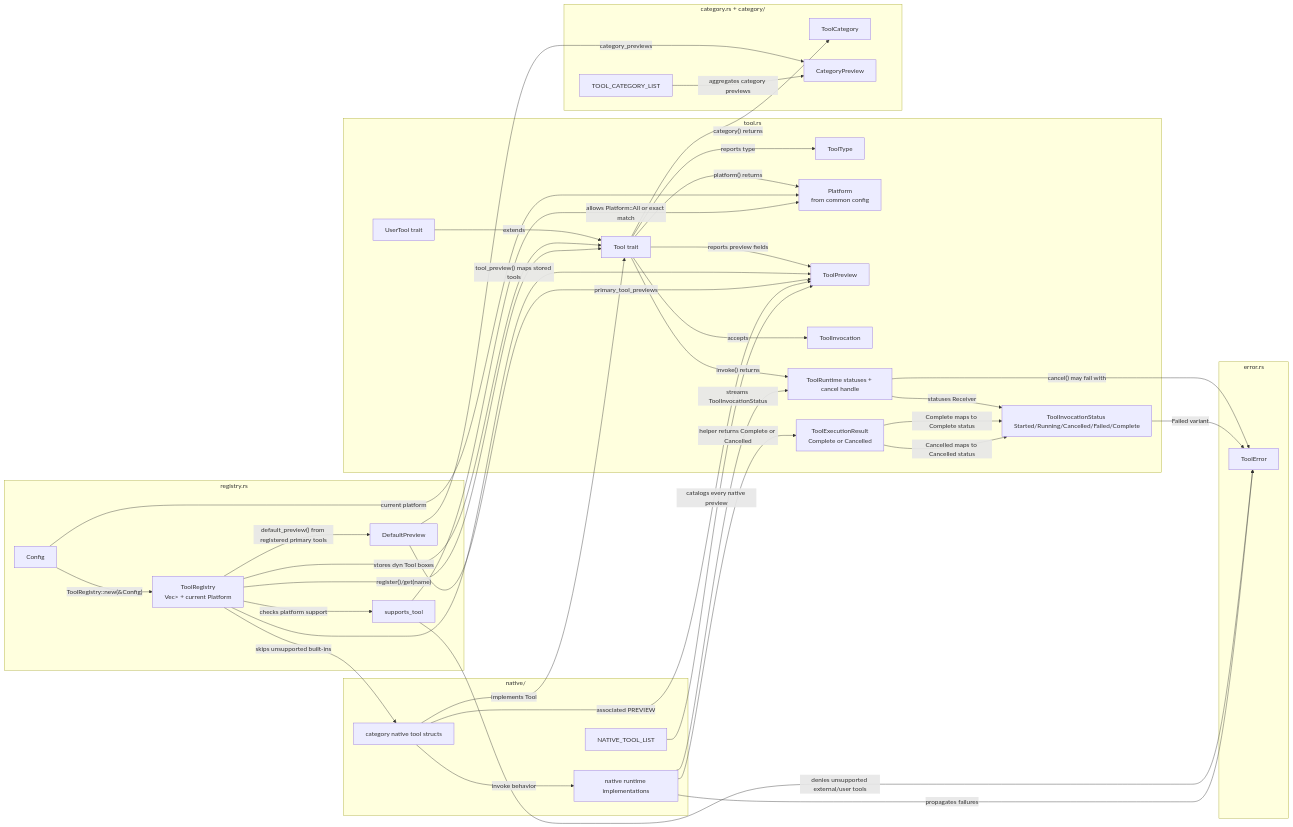
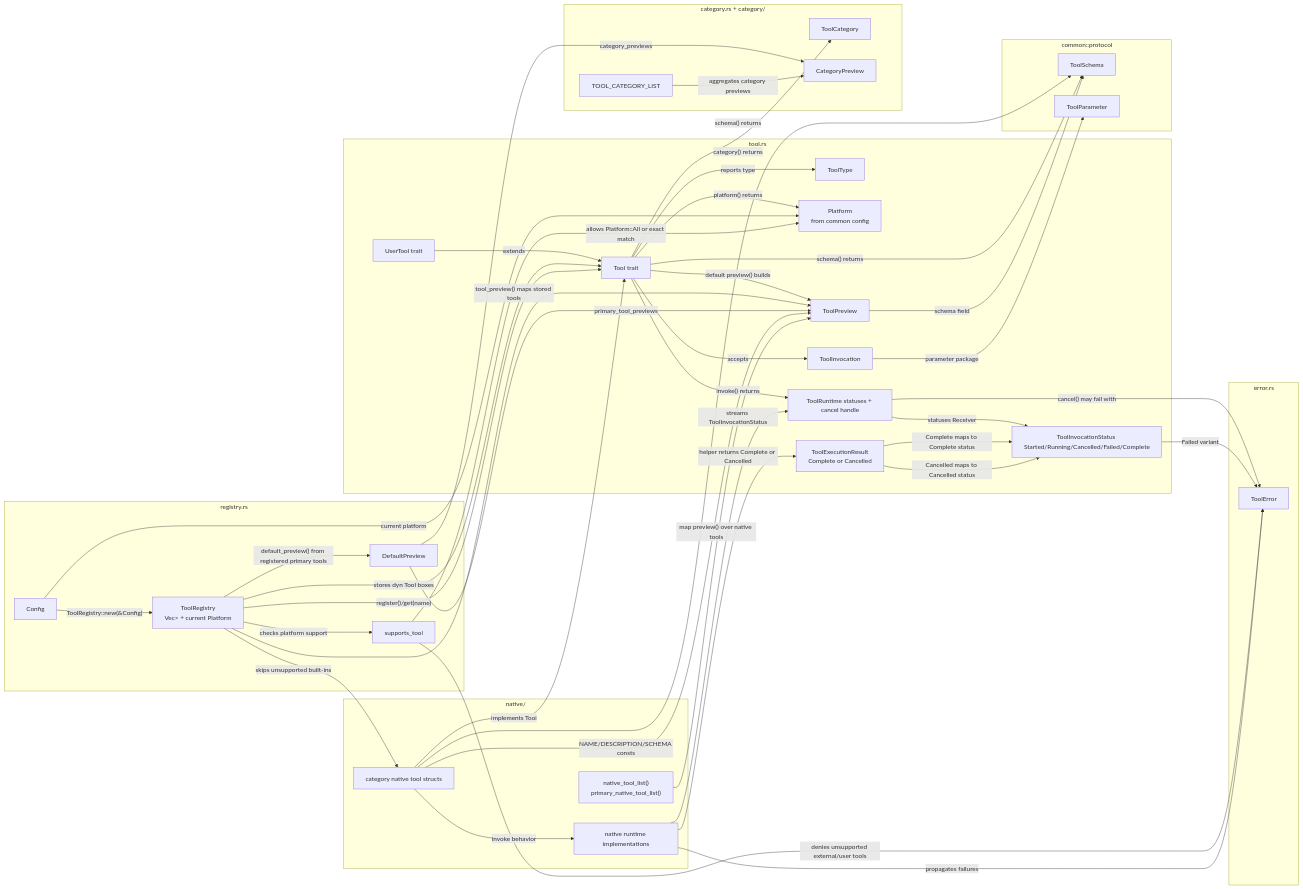
One commit to DexterDreeeam/Marix changed the diagram in src/client/tool/.workflow.mmd. Above: the diagram before and after it, drawn with Mermaid. The commit also changed 28 other files, not shown here.

Commit message:
Refresh source design metadata for tool protocol and plan structure

```diff
--- a/src/client/tool/.workflow.mmd
+++ b/src/client/tool/.workflow.mmd
@@ -1,64 +1,72 @@
 flowchart LR
   subgraph tool_rs["tool.rs"]
     ToolType["ToolType"]
     Platform["Platform\nfrom common config"]
     ToolTrait["Tool trait"]
     UserTool["UserTool trait"]
     ToolPreview["ToolPreview"]
     ToolInvocation["ToolInvocation"]
     ToolRuntime["ToolRuntime statuses + cancel handle"]
     ToolInvocationStatus["ToolInvocationStatus Started/Running/Cancelled/Failed/Complete"]
     ToolExecutionResult["ToolExecutionResult<T>\nComplete or Cancelled"]
   end
   subgraph registry_rs["registry.rs"]
     Config["Config"]
     DefaultPreview["DefaultPreview"]
     ToolRegistry["ToolRegistry\nVec<Box<dyn Tool>> + current Platform"]
     SupportCheck["supports_tool"]
   end
   subgraph error_rs["error.rs"]
     ToolError["ToolError"]
   end
   subgraph category["category.rs + category/"]
     ToolCategory["ToolCategory"]
     CategoryPreview["CategoryPreview"]
     ToolCategoryList["TOOL_CATEGORY_LIST"]
   end
   subgraph native["native/"]
-    NativeToolList["NATIVE_TOOL_LIST"]
+    NativeToolListFns["native_tool_list()\nprimary_native_tool_list()"]
     NativeToolStructs["category native tool structs"]
     NativeRuntimeImplementations["native runtime implementations"]
+  end
+  subgraph protocol["common::protocol"]
+    ToolSchema["ToolSchema"]
+    ToolParameter["ToolParameter"]
   end
 
   ToolTrait -->|"reports type"| ToolType
   ToolTrait -->|"platform() returns"| Platform
   ToolTrait -->|"category() returns"| ToolCategory
-  ToolTrait -->|"reports preview fields"| ToolPreview
+  ToolTrait -->|"schema() returns"| ToolSchema
+  ToolTrait -->|"default preview() builds"| ToolPreview
+  ToolPreview -->|"schema field"| ToolSchema
   ToolTrait -->|"accepts"| ToolInvocation
+  ToolInvocation -->|"parameter package"| ToolParameter
   ToolTrait -->|"invoke() returns"| ToolRuntime
   ToolRuntime -->|"statuses Receiver"| ToolInvocationStatus
   ToolRuntime -->|"cancel() may fail with"| ToolError
   ToolInvocationStatus -->|"Failed variant"| ToolError
   UserTool -->|"extends"| ToolTrait
   Config -->|"ToolRegistry::new(&Config)"| ToolRegistry
   Config -->|"current platform"| Platform
   ToolRegistry -->|"stores dyn Tool boxes"| ToolTrait
   ToolRegistry -->|"register()/get(name)"| ToolTrait
   ToolRegistry -->|"checks platform support"| SupportCheck
   SupportCheck -->|"allows Platform::All or exact match"| Platform
   SupportCheck -->|"denies unsupported external/user tools"| ToolError
   ToolRegistry -->|"skips unsupported built-ins"| NativeToolStructs
   ToolRegistry -->|"default_preview() from registered primary tools"| DefaultPreview
   ToolRegistry -->|"tool_preview() maps stored tools"| ToolPreview
   DefaultPreview -->|"primary_tool_previews"| ToolPreview
   DefaultPreview -->|"category_previews"| CategoryPreview
   ToolCategoryList -->|"aggregates category previews"| CategoryPreview
   NativeToolStructs -->|"implements Tool"| ToolTrait
-  NativeToolStructs -->|"associated PREVIEW"| ToolPreview
+  NativeToolStructs -->|"NAME/DESCRIPTION/SCHEMA consts"| ToolPreview
+  NativeToolStructs -->|"schema() returns"| ToolSchema
   NativeToolStructs -->|"invoke behavior"| NativeRuntimeImplementations
   NativeRuntimeImplementations -->|"helper returns Complete or Cancelled"| ToolExecutionResult
   ToolExecutionResult -->|"Complete maps to Complete status"| ToolInvocationStatus
   ToolExecutionResult -->|"Cancelled maps to Cancelled status"| ToolInvocationStatus
   NativeRuntimeImplementations -->|"propagates failures"| ToolError
   NativeRuntimeImplementations -->|"streams ToolInvocationStatus"| ToolRuntime
-  NativeToolList -->|"catalogs every native preview"| ToolPreview
+  NativeToolListFns -->|"map preview() over native tools"| ToolPreview
```
